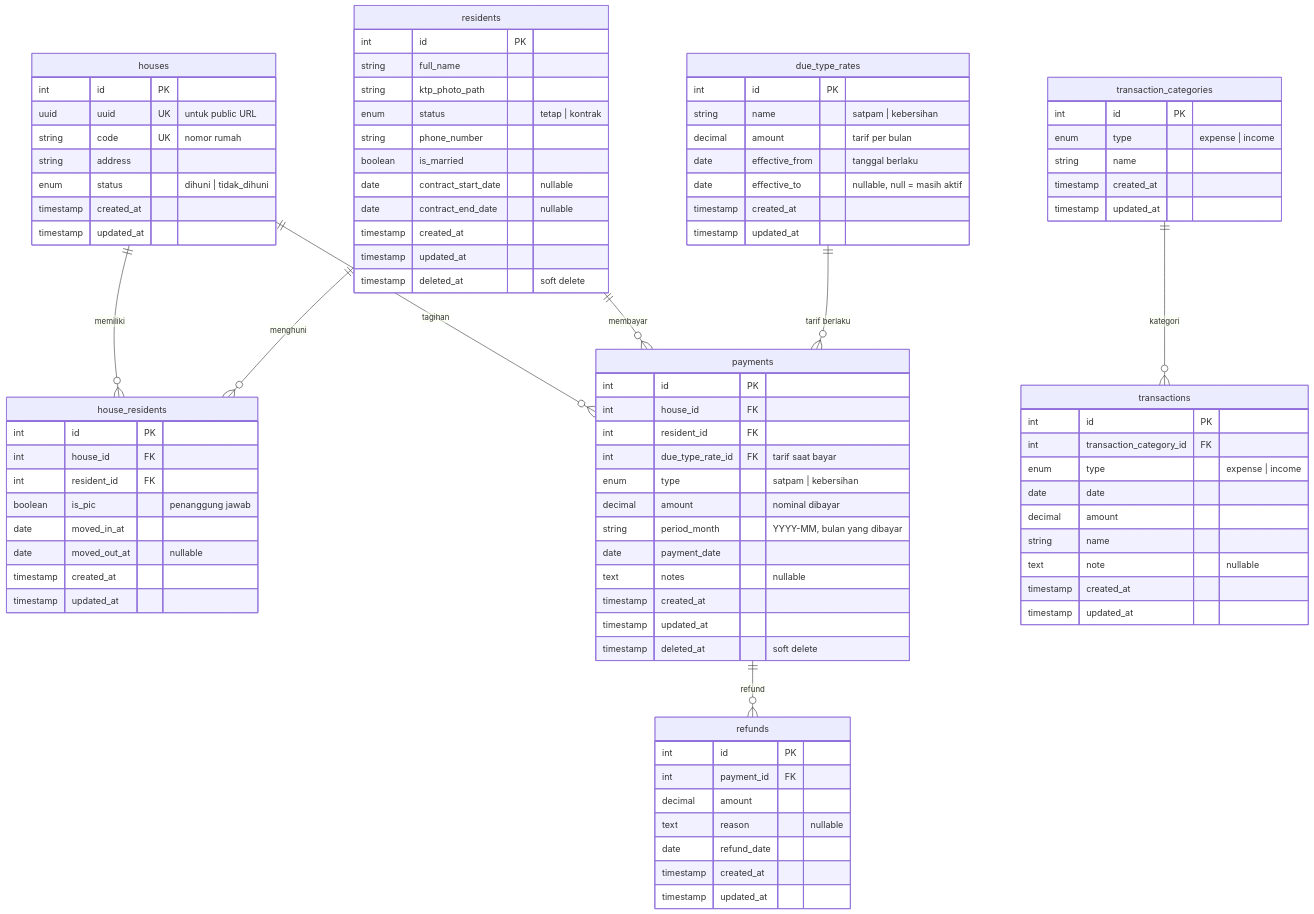
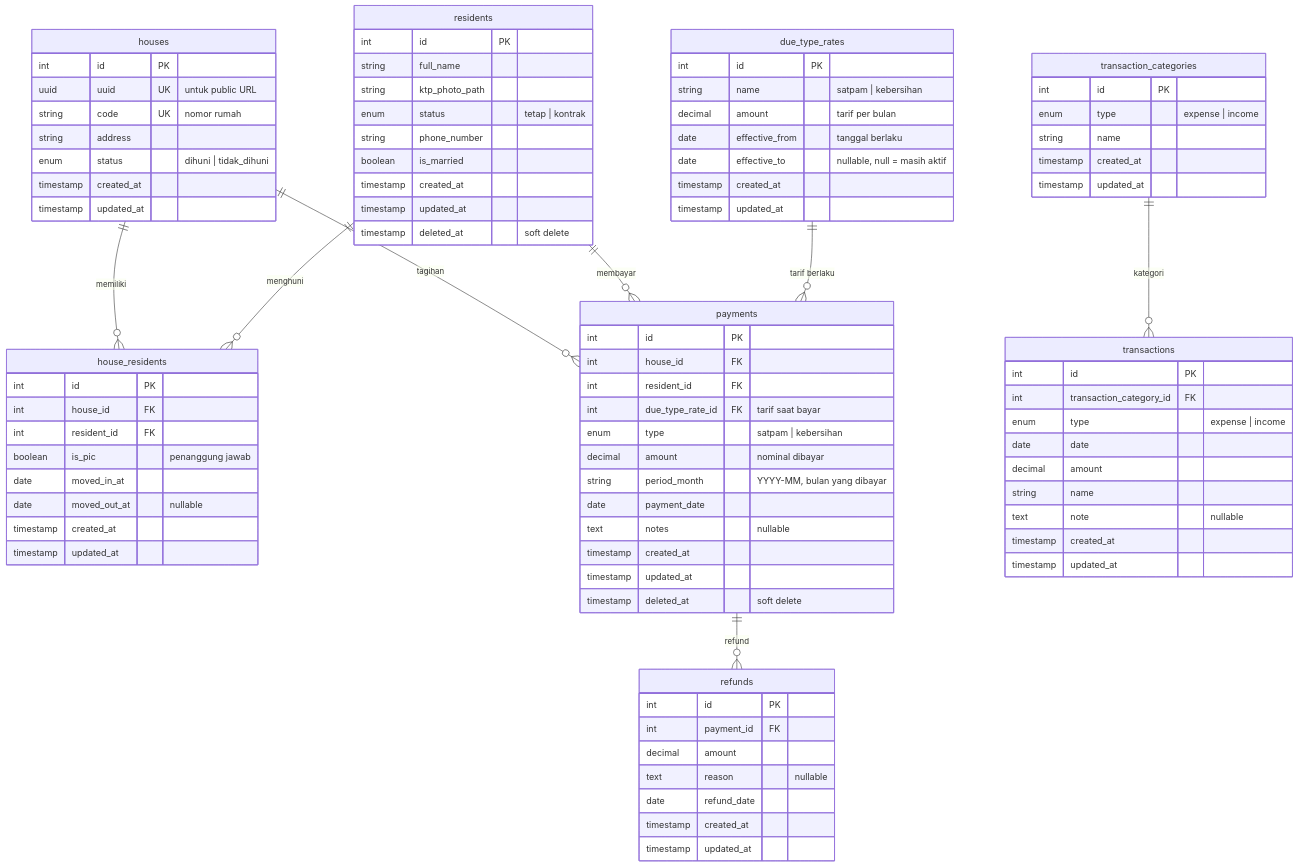
The diagram in docs/PRD.md (zakishaquille/rt-information-system), drawn with Mermaid before and after one commit.

Commit message:
feat: remove contract date fields from PRD

```diff
--- a/docs/PRD.md
+++ b/docs/PRD.md
@@ -361,8 +361,6 @@
         enum status "tetap | kontrak"
         string phone_number
         boolean is_married
-        date contract_start_date "nullable"
-        date contract_end_date "nullable"
         timestamp created_at
         timestamp updated_at
         timestamp deleted_at "soft delete"
```
